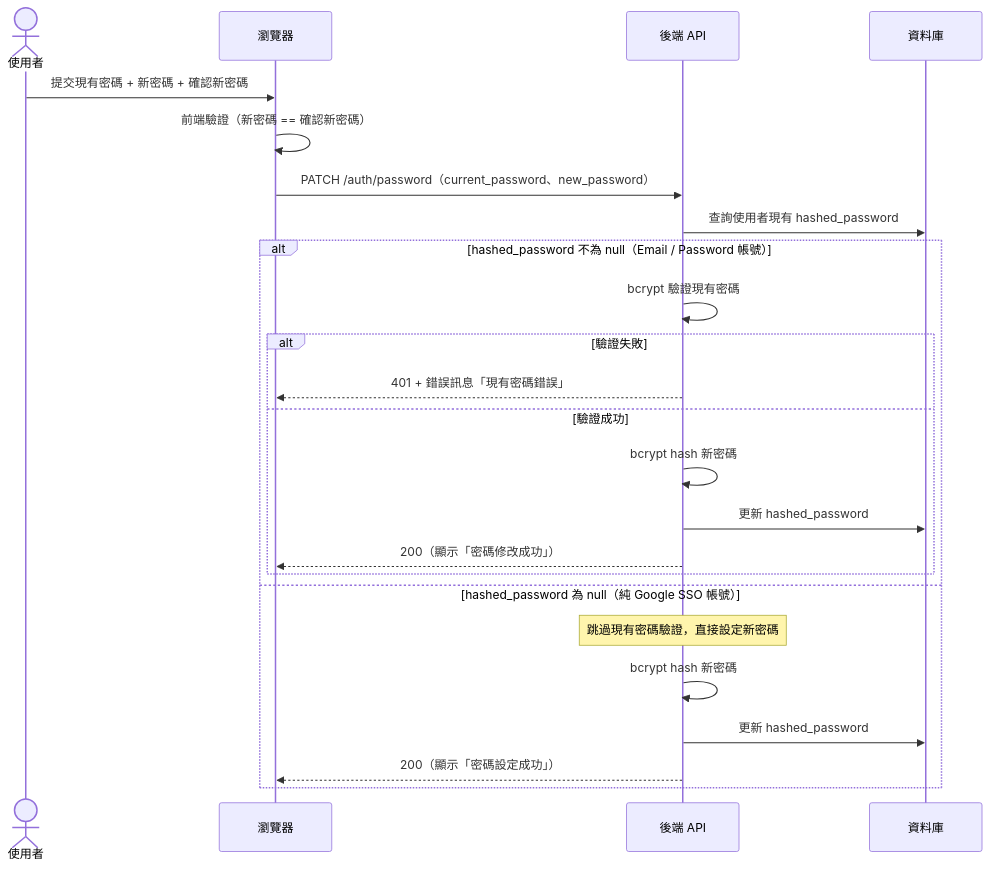
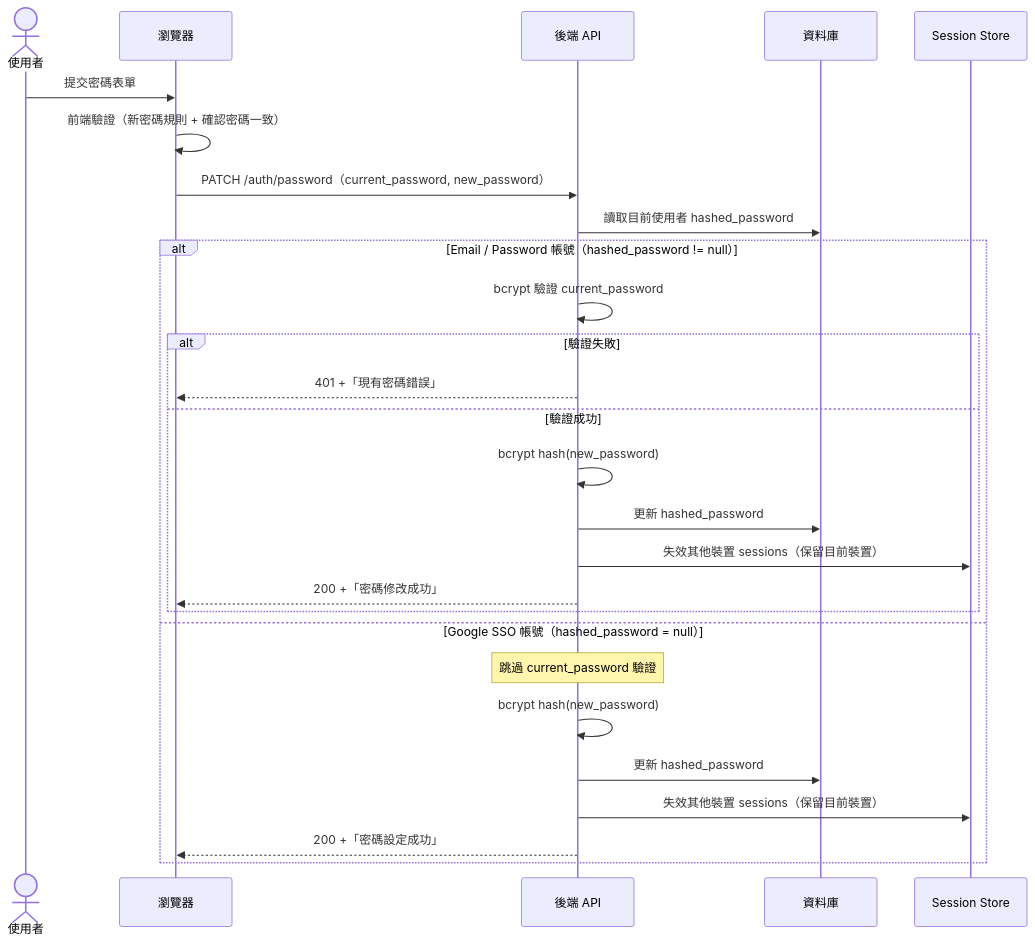
One commit to singyichen/label-suite changed the second of 3 diagrams in specs/account/005-profile-settings/spec.md. Above: the diagram before and after it, drawn with Mermaid. The commit also changed other lines of this file, not shown here.

````diff
--- a/specs/account/005-profile-settings/spec.md
+++ b/specs/account/005-profile-settings/spec.md
@@ -12,29 +40,31 @@
 ```mermaid
 sequenceDiagram
     actor 使用者
     participant 瀏覽器
     participant 後端API as 後端 API
     participant 資料庫
+    participant session as Session Store
 
-    使用者->>瀏覽器: 提交現有密碼 + 新密碼 + 確認新密碼
-    瀏覽器->>瀏覽器: 前端驗證（新密碼 == 確認新密碼）
+    使用者->>瀏覽器: 提交密碼表單
+    瀏覽器->>瀏覽器: 前端驗證（新密碼規則 + 確認密碼一致）
+    瀏覽器->>後端API: PATCH /auth/password（current_password, new_password）
+    後端API->>資料庫: 讀取目前使用者 hashed_password
 
-    瀏覽器->>後端API: PATCH /auth/password（current_password、new_password）
-    後端API->>資料庫: 查詢使用者現有 hashed_password
-
-    alt hashed_password 不為 null（Email / Password 帳號）
-        後端API->>後端API: bcrypt 驗證現有密碼
+    alt Email / Password 帳號（hashed_password != null）
+        後端API->>後端API: bcrypt 驗證 current_password
         alt 驗證失敗
-            後端API-->>瀏覽器: 401 + 錯誤訊息「現有密碼錯誤」
+            後端API-->>瀏覽器: 401 +「現有密碼錯誤」
         else 驗證成功
-            後端API->>後端API: bcrypt hash 新密碼
+            後端API->>後端API: bcrypt hash(new_password)
             後端API->>資料庫: 更新 hashed_password
-            後端API-->>瀏覽器: 200（顯示「密碼修改成功」）
+            後端API->>session: 失效其他裝置 sessions（保留目前裝置）
+            後端API-->>瀏覽器: 200 +「密碼修改成功」
         end
-    else hashed_password 為 null（純 Google SSO 帳號）
-        note over 後端API: 跳過現有密碼驗證，直接設定新密碼
-        後端API->>後端API: bcrypt hash 新密碼
+    else Google SSO 帳號（hashed_password = null）
+        note over 後端API: 跳過 current_password 驗證
+        後端API->>後端API: bcrypt hash(new_password)
         後端API->>資料庫: 更新 hashed_password
-        後端API-->>瀏覽器: 200（顯示「密碼設定成功」）
+        後端API->>session: 失效其他裝置 sessions（保留目前裝置）
+        後端API-->>瀏覽器: 200 +「密碼設定成功」
     end
 ```
````
